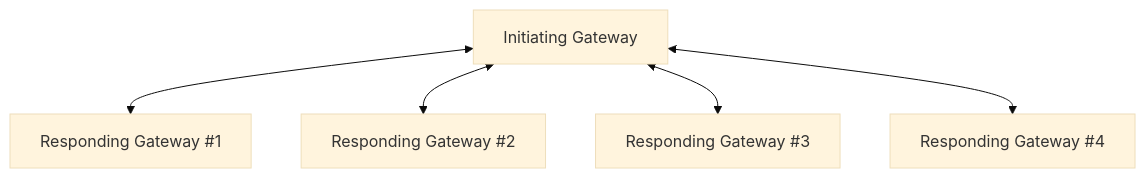
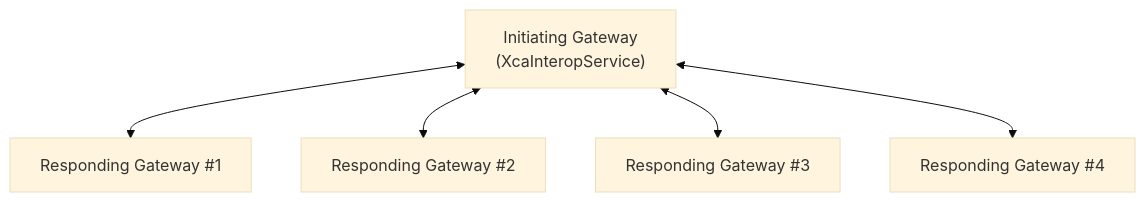
The diagram in Docs/XcaGateway.md (timmo-nhn/XcaInteropService), drawn with Mermaid (base theme) before and after one commit. The commit also changed other lines of this file, not shown here.

Commit message:
small update

````diff
--- a/Docs/XcaGateway.md
+++ b/Docs/XcaGateway.md
@@ -6,15 +7,15 @@
 ```mermaid
 flowchart
 
-ig[Initiating Gateway]
-rs1[Responding Gateway #1]
-rs2[Responding Gateway #2]
-rs3[Responding Gateway #3]
-rs4[Responding Gateway #4]
+ig["Initiating Gateway<br>(XcaInteropService)"]
+rg1[Responding Gateway #1]
+rg2[Responding Gateway #2]
+rg3[Responding Gateway #3]
+rg4[Responding Gateway #4]
 
-ig <--> rs1
-ig <--> rs2
-ig <--> rs3
-ig <--> rs4
+ig <--> rg1
+ig <--> rg2
+ig <--> rg3
+ig <--> rg4
 
 ```
````
